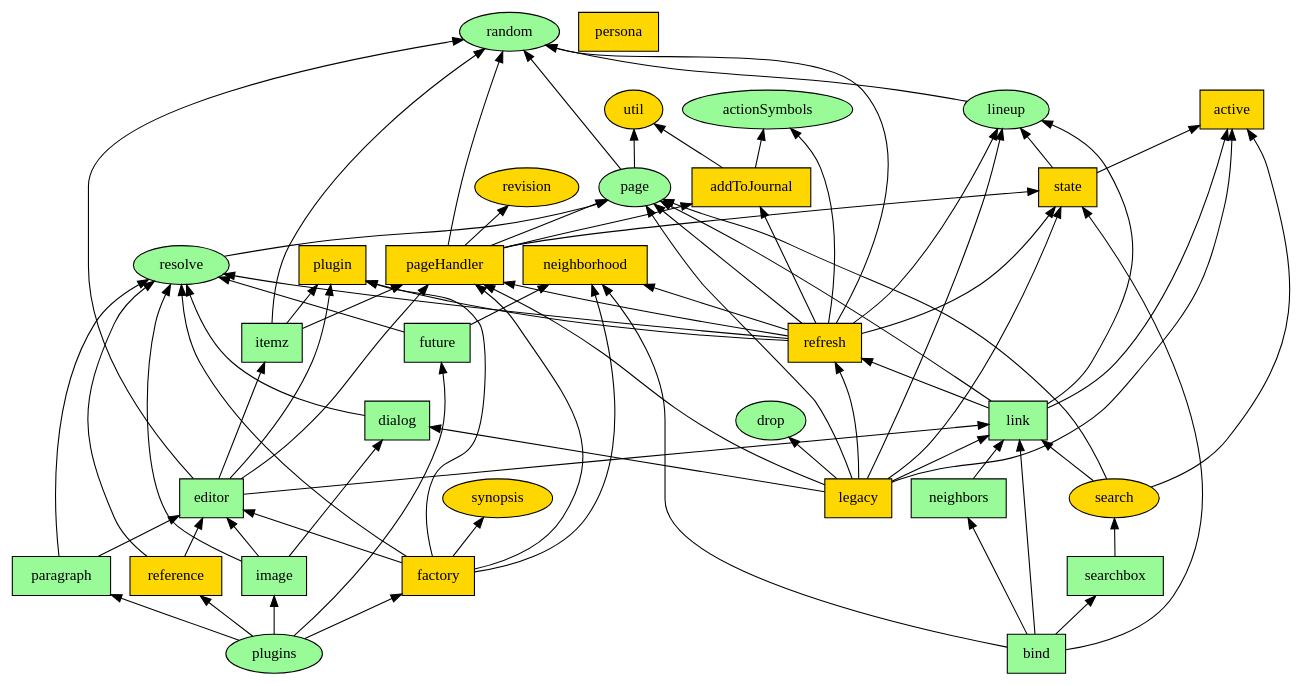
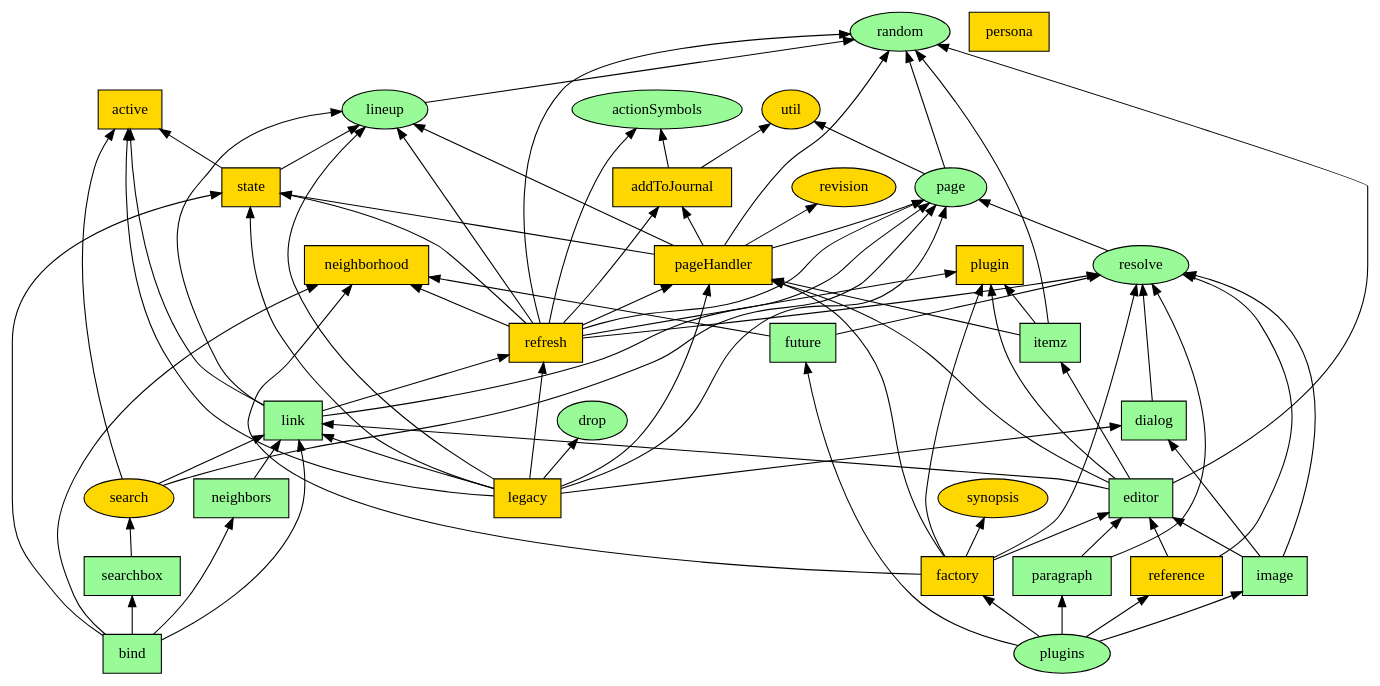
The diagram in scripts/requires-graph.dot (fedwiki/wiki-client), drawn with Graphviz before and after one commit. The commit also changed 2 other files, not shown here.

Commit message:
revise dependency graphs

```diff
--- a/scripts/requires-graph.dot
+++ b/scripts/requires-graph.dot
@@ -1,162 +1,163 @@
 digraph { node [style=filled];
 
 actionSymbols [fillcolor=paleGreen];
 
 active [fillcolor=gold];
 active [shape=box];
 
 addToJournal [fillcolor=gold];
 util -> addToJournal [dir=back];
 actionSymbols -> addToJournal [dir=back];
 addToJournal [shape=box];
 
 bind [fillcolor=paleGreen];
 neighborhood -> bind [dir=back];
 neighbors -> bind [dir=back];
 searchbox -> bind [dir=back];
 state -> bind [dir=back];
 link -> bind [dir=back];
 bind [shape=box];
 
 dialog [fillcolor=paleGreen];
 resolve -> dialog [dir=back];
 dialog [shape=box];
 
 drop [fillcolor=paleGreen];
 
 editor [fillcolor=paleGreen];
 plugin -> editor [dir=back];
 itemz -> editor [dir=back];
 pageHandler -> editor [dir=back];
 link -> editor [dir=back];
 random -> editor [dir=back];
 editor [shape=box];
 
 factory [fillcolor=gold];
 neighborhood -> factory [dir=back];
 plugin -> factory [dir=back];
 resolve -> factory [dir=back];
 pageHandler -> factory [dir=back];
 editor -> factory [dir=back];
 synopsis -> factory [dir=back];
 factory [shape=box];
 
 future [fillcolor=paleGreen];
 resolve -> future [dir=back];
 neighborhood -> future [dir=back];
 future [shape=box];
 
 image [fillcolor=paleGreen];
 dialog -> image [dir=back];
 editor -> image [dir=back];
 resolve -> image [dir=back];
 image [shape=box];
 
 itemz [fillcolor=paleGreen];
 pageHandler -> itemz [dir=back];
 plugin -> itemz [dir=back];
 random -> itemz [dir=back];
 itemz [shape=box];
 
 legacy [fillcolor=gold];
 pageHandler -> legacy [dir=back];
 state -> legacy [dir=back];
 active -> legacy [dir=back];
 refresh -> legacy [dir=back];
 lineup -> legacy [dir=back];
 drop -> legacy [dir=back];
 dialog -> legacy [dir=back];
 link -> legacy [dir=back];
 page -> legacy [dir=back];
 legacy [shape=box];
 
 lineup [fillcolor=paleGreen];
 random -> lineup [dir=back];
 
 link [fillcolor=paleGreen];
 lineup -> link [dir=back];
 active -> link [dir=back];
 refresh -> link [dir=back];
 page -> link [dir=back];
 link [shape=box];
 
 neighborhood [fillcolor=gold];
 neighborhood [shape=box];
 
 neighbors [fillcolor=paleGreen];
 link -> neighbors [dir=back];
 neighbors [shape=box];
 
 page [fillcolor=paleGreen];
 util -> page [dir=back];
 random -> page [dir=back];
 
 pageHandler [fillcolor=gold];
 state -> pageHandler [dir=back];
 revision -> pageHandler [dir=back];
 addToJournal -> pageHandler [dir=back];
 page -> pageHandler [dir=back];
 random -> pageHandler [dir=back];
+lineup -> pageHandler [dir=back];
 pageHandler [shape=box];
 
 paragraph [fillcolor=paleGreen];
 editor -> paragraph [dir=back];
 resolve -> paragraph [dir=back];
 paragraph [shape=box];
 
 persona [fillcolor=gold];
 persona [shape=box];
 
 plugin [fillcolor=gold];
 plugin [shape=box];
 
 plugins [fillcolor=paleGreen];
 reference -> plugins [dir=back];
 factory -> plugins [dir=back];
 paragraph -> plugins [dir=back];
 image -> plugins [dir=back];
 future -> plugins [dir=back];
 
 random [fillcolor=paleGreen];
 
 reference [fillcolor=gold];
 editor -> reference [dir=back];
 resolve -> reference [dir=back];
 reference [shape=box];
 
 refresh [fillcolor=gold];
 pageHandler -> refresh [dir=back];
 plugin -> refresh [dir=back];
 state -> refresh [dir=back];
 neighborhood -> refresh [dir=back];
 addToJournal -> refresh [dir=back];
 actionSymbols -> refresh [dir=back];
 lineup -> refresh [dir=back];
 resolve -> refresh [dir=back];
 random -> refresh [dir=back];
 page -> refresh [dir=back];
 refresh [shape=box];
 
 resolve [fillcolor=paleGreen];
 page -> resolve [dir=back];
 
 revision [fillcolor=gold];
 
 search [fillcolor=gold];
 link -> search [dir=back];
 active -> search [dir=back];
 page -> search [dir=back];
 
 searchbox [fillcolor=paleGreen];
 search -> searchbox [dir=back];
 searchbox [shape=box];
 
 state [fillcolor=gold];
 active -> state [dir=back];
 lineup -> state [dir=back];
 state [shape=box];
 
 synopsis [fillcolor=gold];
 
 util [fillcolor=gold];
 }
```
